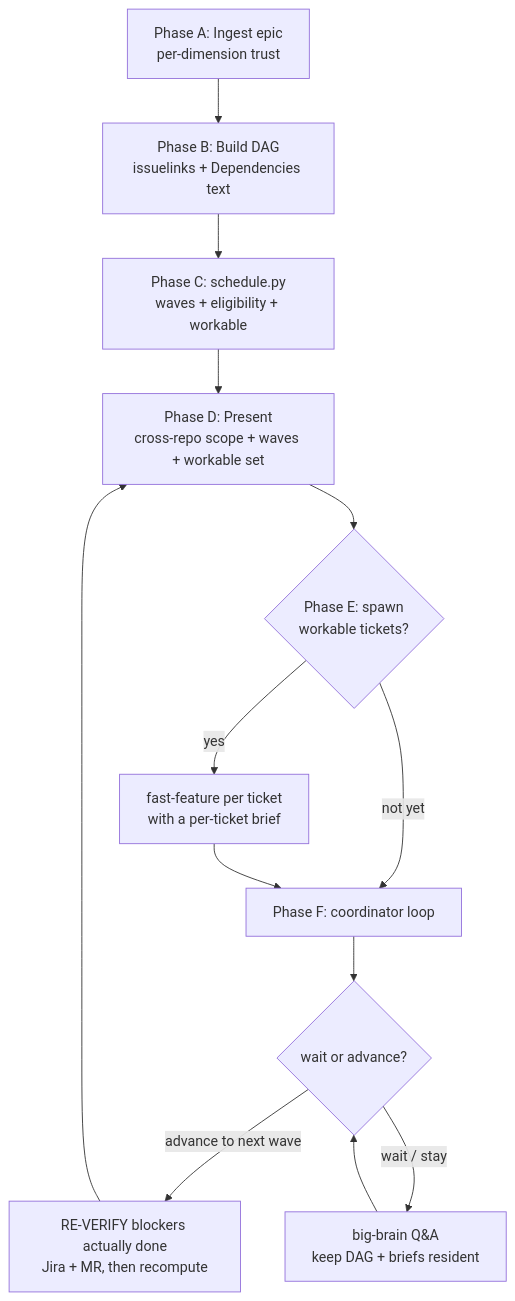
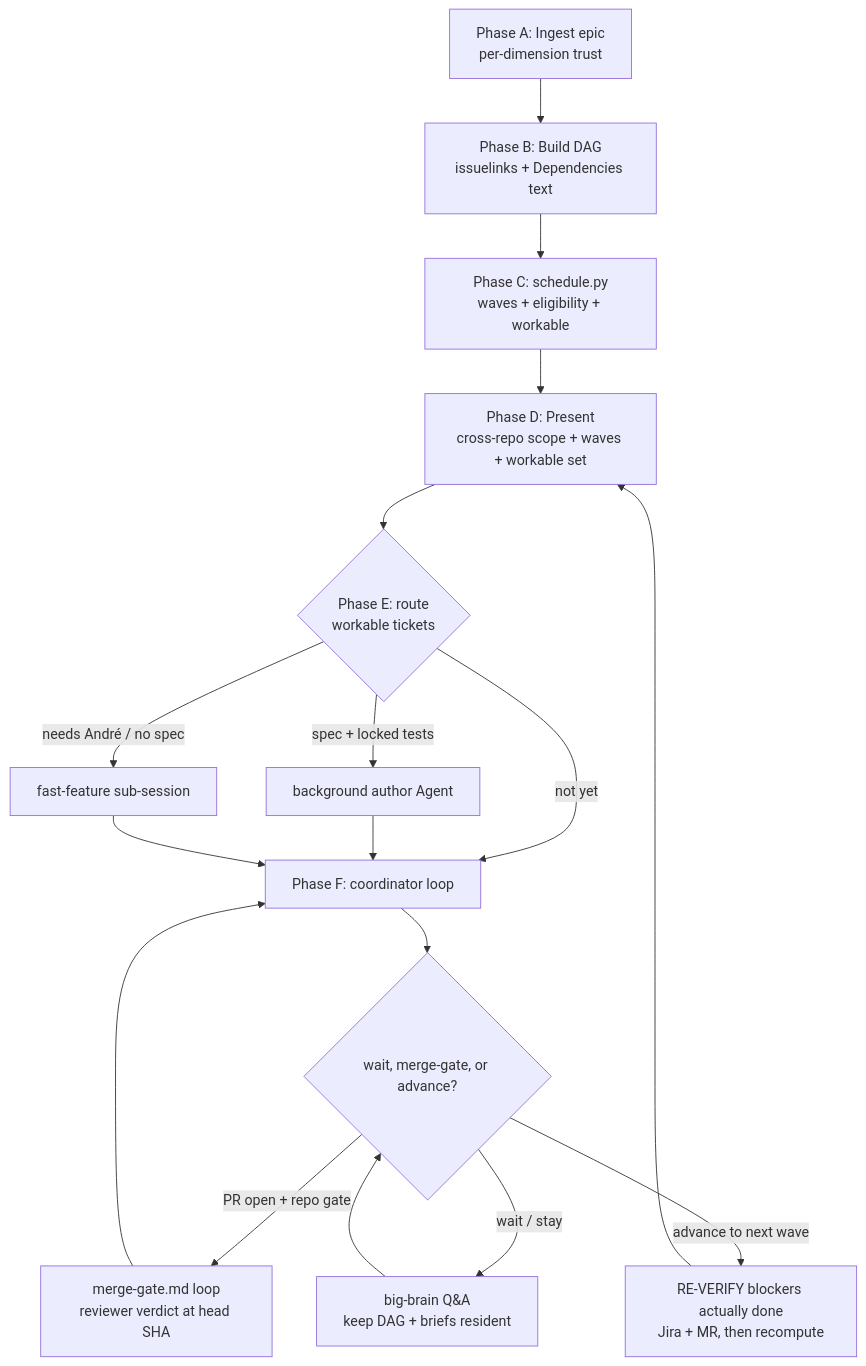
Before and after one commit to AndreJorgeLopes/devflow: the diagram in devflow-plugin/commands/orchestrate-epic.md, drawn with Mermaid. The commit also changed other lines of this file and 15 other files, not shown here.

First line of the commit message:
feat(orchestrate-epic): GitHub-issues mode, orchestrator routing, merge-gate loop (#93)

````diff
--- a/devflow-plugin/commands/orchestrate-epic.md
+++ b/devflow-plugin/commands/orchestrate-epic.md
@@ -39,14 +69,17 @@
 ```mermaid
 flowchart TD
     A[Phase A: Ingest epic<br/>per-dimension trust] --> B[Phase B: Build DAG<br/>issuelinks + Dependencies text]
     B --> C[Phase C: schedule.py<br/>waves + eligibility + workable]
     C --> D[Phase D: Present<br/>cross-repo scope + waves + workable set]
-    D --> E{Phase E: spawn<br/>workable tickets?}
-    E -->|yes| F[fast-feature per ticket<br/>with a per-ticket brief]
+    D --> E{Phase E: route<br/>workable tickets}
+    E -->|spec + locked tests| F1[background author Agent]
+    E -->|needs André / no spec| F2[fast-feature sub-session]
     E -->|not yet| G
-    F --> G[Phase F: coordinator loop]
-    G --> H{wait or advance?}
+    F1 --> G[Phase F: coordinator loop]
+    F2 --> G
+    G --> H{wait, merge-gate, or advance?}
+    H -->|PR open + repo gate| M[merge-gate.md loop<br/>reviewer verdict at head SHA] --> G
     H -->|advance to next wave| I[RE-VERIFY blockers actually done<br/>Jira + MR, then recompute] --> D
     H -->|wait / stay| J[big-brain Q&A<br/>keep DAG + briefs resident]
     J --> H
 ```
````
